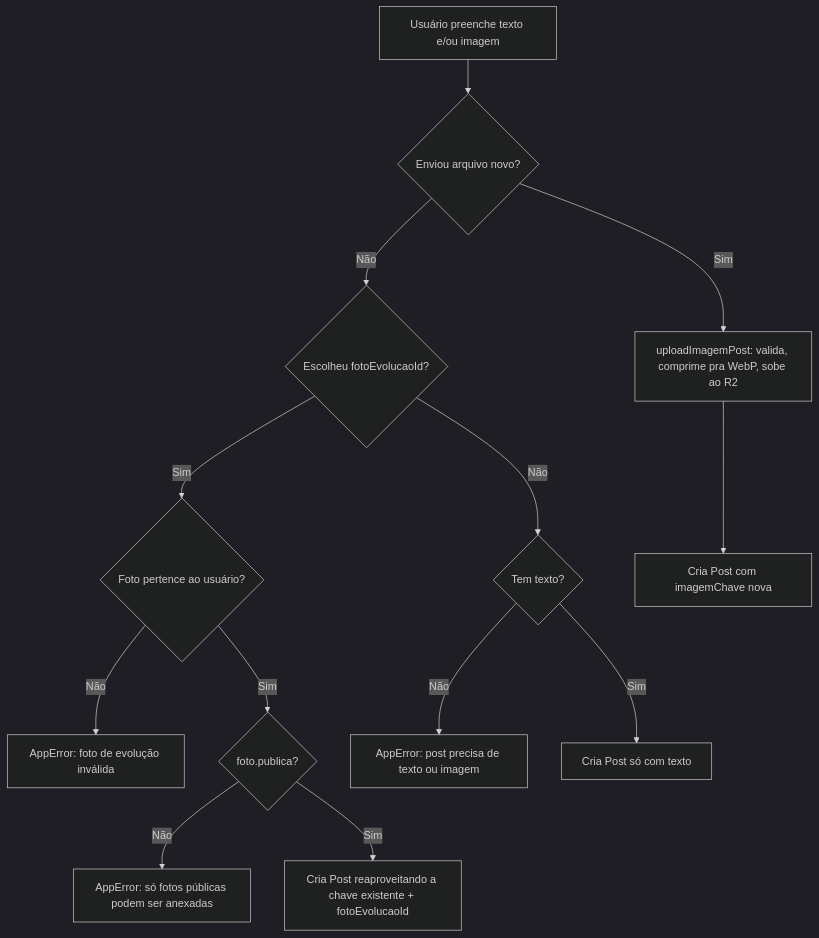
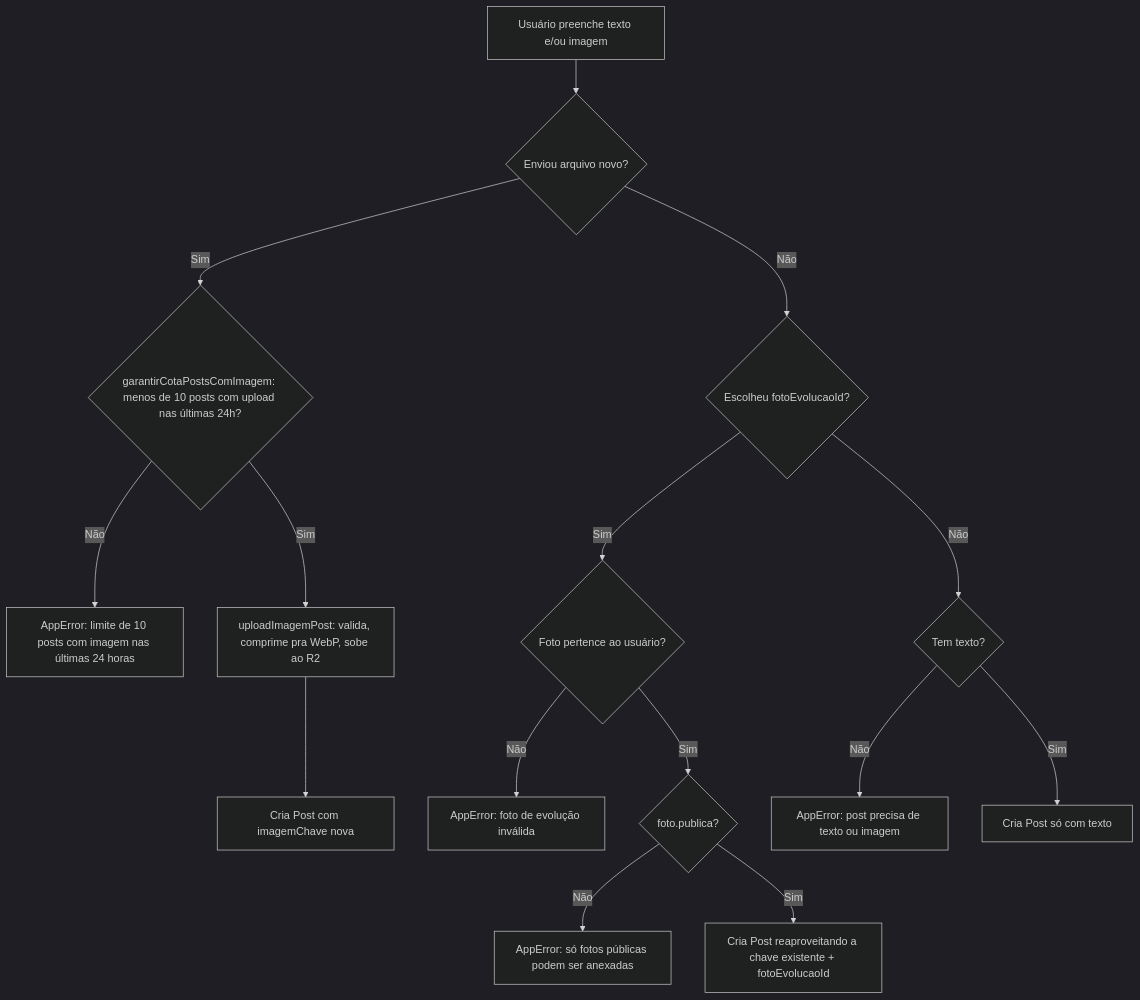
The first of 3 diagrams in docs/features/feed.md (Willsmt/comunidade-belle-et-belle), drawn with Mermaid (dark theme) before and after one commit. The commit also changed other lines of this file and 5 other files, not shown here.

````diff
--- a/docs/features/feed.md
+++ b/docs/features/feed.md
@@ -54,15 +55,17 @@
 ```mermaid
 flowchart TD
     A[Usuário preenche texto e/ou imagem] --> B{Enviou arquivo novo?}
-    B -- Sim --> C[uploadImagemPost: valida, comprime pra WebP, sobe ao R2]
+    B -- Sim --> Q{garantirCotaPostsComImagem: menos de 10 posts com upload nas últimas 24h?}
+    Q -- Não --> M[AppError: limite de 10 posts com imagem nas últimas 24 horas]
+    Q -- Sim --> C[uploadImagemPost: valida, comprime pra WebP, sobe ao R2]
     B -- Não --> D{Escolheu fotoEvolucaoId?}
     D -- Sim --> E{Foto pertence ao usuário?}
     E -- Não --> K[AppError: foto de evolução inválida]
     E -- Sim --> P{foto.publica?}
     P -- Não --> L[AppError: só fotos públicas podem ser anexadas]
     P -- Sim --> H[Cria Post reaproveitando a chave existente + fotoEvolucaoId]
     D -- Não --> F{Tem texto?}
     C --> G[Cria Post com imagemChave nova]
     F -- Não --> I[AppError: post precisa de texto ou imagem]
     F -- Sim --> J[Cria Post só com texto]
 ```
````
